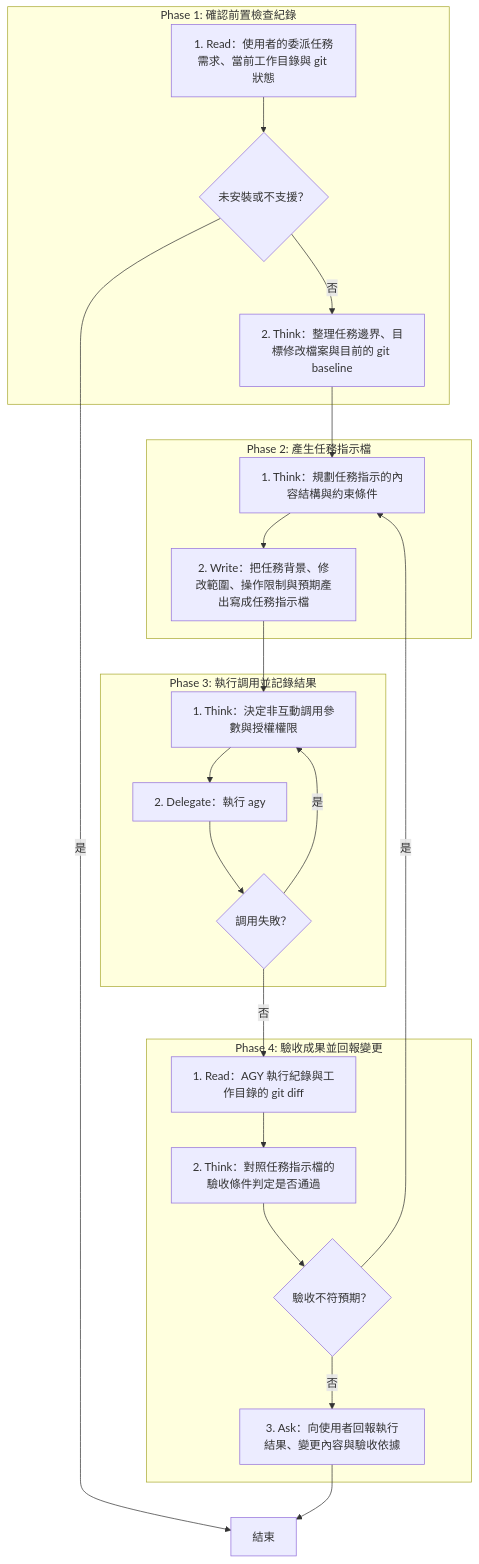
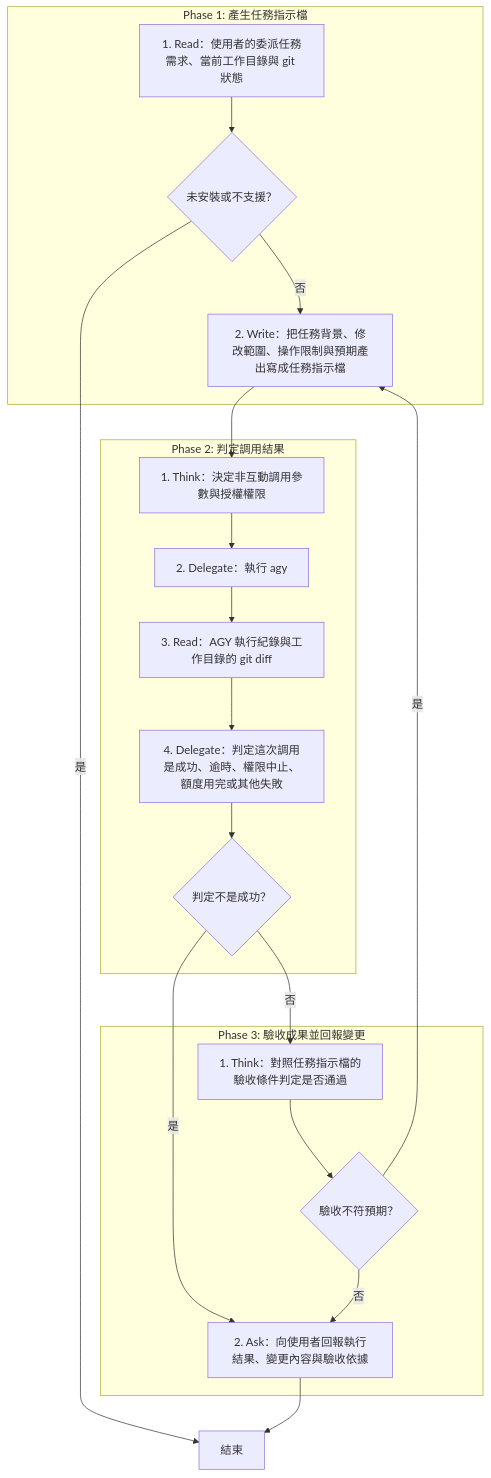
Before and after one commit to AI-x-BDD/BDGG-Dev-Skills: the diagram in .claude/skills/invoke-agy/SKILL.md, drawn with Mermaid. The commit also changed other lines of this file and 11 other files, not shown here.

````diff
--- a/.claude/skills/invoke-agy/SKILL.md
+++ b/.claude/skills/invoke-agy/SKILL.md
@@ -11,39 +11,35 @@
 ```mermaid
 flowchart TD
-    subgraph P1["Phase 1: 確認前置檢查紀錄"]
+    subgraph P1["Phase 1: 產生任務指示檔"]
         P1S1["1. Read：使用者的委派任務需求、當前工作目錄與 git 狀態"]
         G_P1S1_1{"未安裝或不支援？"}
-        P1S2["2. Think：整理任務邊界、目標修改檔案與目前的 git baseline"]
+        P1S2["2. Write：把任務背景、修改範圍、操作限制與預期產出寫成任務指示檔"]
     end
-    subgraph P2["Phase 2: 產生任務指示檔"]
-        P2S1["1. Think：規劃任務指示的內容結構與約束條件"]
-        P2S2["2. Write：把任務背景、修改範圍、操作限制與預期產出寫成任務指示檔"]
+    subgraph P2["Phase 2: 判定調用結果"]
+        P2S1["1. Think：決定非互動調用參數與授權權限"]
+        P2S2["2. Delegate：執行 agy"]
+        P2S3["3. Read：AGY 執行紀錄與工作目錄的 git diff"]
+        P2S4["4. Delegate：判定這次調用是成功、逾時、權限中止、額度用完或其他失敗"]
+        G_P2S4_1{"判定不是成功？"}
     end
-    subgraph P3["Phase 3: 執行調用並記錄結果"]
-        P3S1["1. Think：決定非互動調用參數與授權權限"]
-        P3S2["2. Delegate：執行 agy"]
-        G_P3S2_1{"調用失敗？"}
-    end
-    subgraph P4["Phase 4: 驗收成果並回報變更"]
-        P4S1["1. Read：AGY 執行紀錄與工作目錄的 git diff"]
-        P4S2["2. Think：對照任務指示檔的驗收條件判定是否通過"]
-        G_P4S2_1{"驗收不符預期？"}
-        P4S3["3. Ask：向使用者回報執行結果、變更內容與驗收依據"]
+    subgraph P3["Phase 3: 驗收成果並回報變更"]
+        P3S1["1. Think：對照任務指示檔的驗收條件判定是否通過"]
+        G_P3S1_1{"驗收不符預期？"}
+        P3S2["2. Ask：向使用者回報執行結果、變更內容與驗收依據"]
     end
     End["結束"]
     P1S1 --> G_P1S1_1
     G_P1S1_1 -->|是| End
     G_P1S1_1 -->|否| P1S2
     P1S2 --> P2S1
     P2S1 --> P2S2
-    P2S2 --> P3S1
-    P3S1 --> P3S2
-    P3S2 --> G_P3S2_1
-    G_P3S2_1 -->|是| P3S1
-    G_P3S2_1 -->|否| P4S1
-    P4S1 --> P4S2
-    P4S2 --> G_P4S2_1
-    G_P4S2_1 -->|是| P2S1
-    G_P4S2_1 -->|否| P4S3
-    P4S3 --> End
+    P2S2 --> P2S3
+    P2S3 --> P2S4
+    P2S4 --> G_P2S4_1
+    G_P2S4_1 -->|是| P3S2
+    G_P2S4_1 -->|否| P3S1
+    P3S1 --> G_P3S1_1
+    G_P3S1_1 -->|是| P1S2
+    G_P3S1_1 -->|否| P3S2
+    P3S2 --> End
 ```
````
